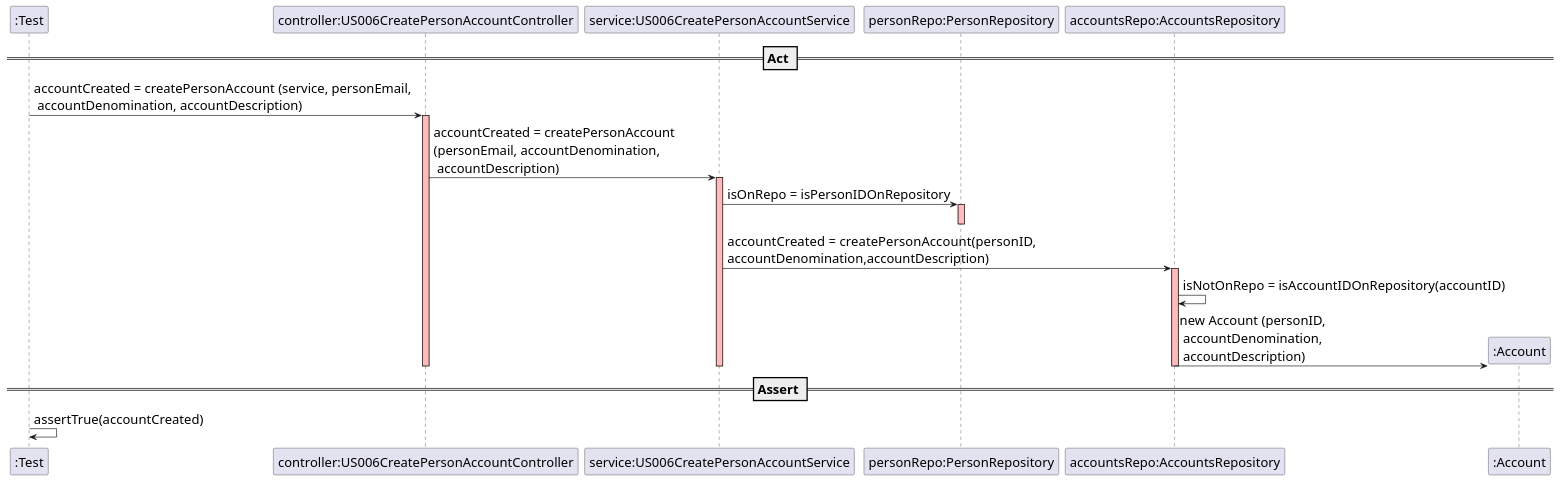
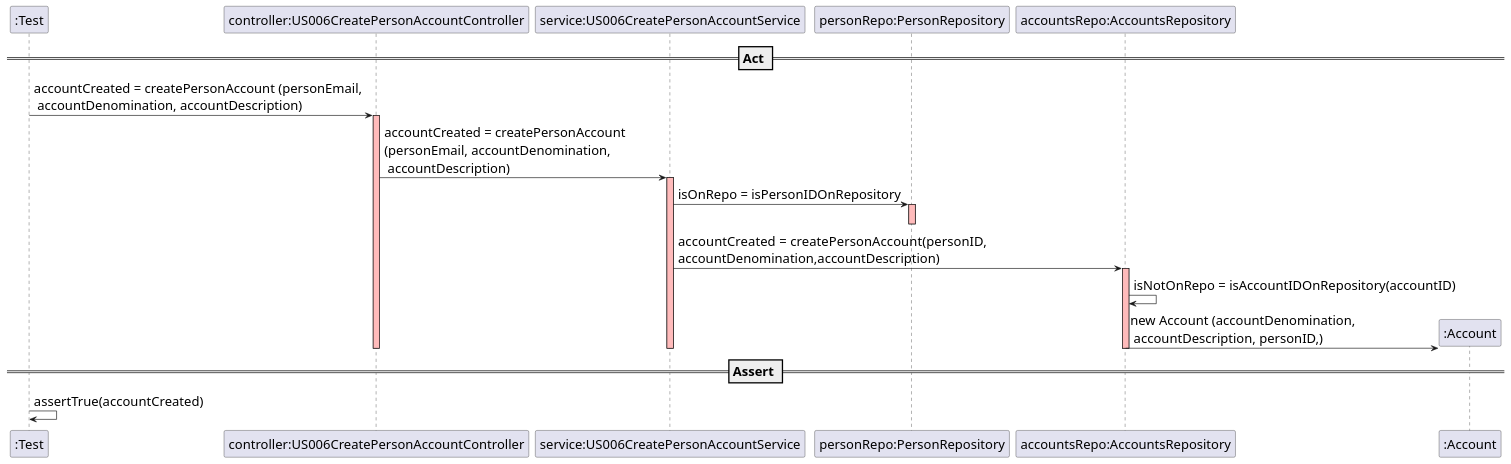
The diagram in src/main/java/switch2019/project/controllers/US006CreatePersonAccountSD.puml (mleitaoribeiro/DevOpsMaven), drawn with PlantUML before and after one commit. The commit also changed 1 other file, not shown here.

```diff
--- a/src/main/java/switch2019/project/controllers/US006CreatePersonAccountSD.puml
+++ b/src/main/java/switch2019/project/controllers/US006CreatePersonAccountSD.puml
@@ -1,36 +1,36 @@
 @startuml
 skinparam DefaultFontSize 20
 
 participant ":Test"
 participant "controller:US006CreatePersonAccountController"
 participant "service:US006CreatePersonAccountService"
 participant "personRepo:PersonRepository"
 participant "accountsRepo:AccountsRepository"
 
 == Act ==
-":Test" -> "controller:US006CreatePersonAccountController" : accountCreated = createPersonAccount (service, personEmail, \n accountDenomination, accountDescription)
+":Test" -> "controller:US006CreatePersonAccountController" : accountCreated = createPersonAccount (personEmail, \n accountDenomination, accountDescription)
 activate "controller:US006CreatePersonAccountController"  #FFBBBB
 
 "controller:US006CreatePersonAccountController" -> "service:US006CreatePersonAccountService" : accountCreated = createPersonAccount\n(personEmail, accountDenomination,\n accountDescription)
 activate "service:US006CreatePersonAccountService"  #FFBBBB
 
 "service:US006CreatePersonAccountService" -> "personRepo:PersonRepository" : isOnRepo = isPersonIDOnRepository
 activate "personRepo:PersonRepository"  #FFBBBB
 deactivate "personRepo:PersonRepository"  #FFBBBB
 
 "service:US006CreatePersonAccountService"  -> "accountsRepo:AccountsRepository" : accountCreated  = createPersonAccount(personID, \naccountDenomination,accountDescription)
 activate "accountsRepo:AccountsRepository" #FFBBBB
 
 "accountsRepo:AccountsRepository" -> "accountsRepo:AccountsRepository" : isNotOnRepo = isAccountIDOnRepository(accountID)
 create ":Account"
-"accountsRepo:AccountsRepository" -> ":Account" : new Account (personID, \n accountDenomination,\n accountDescription)
+"accountsRepo:AccountsRepository" -> ":Account" : new Account (accountDenomination,\n accountDescription, personID,)
 
 deactivate "accountsRepo:AccountsRepository" #FFBBBB
 deactivate "service:US006CreatePersonAccountService"  #FFBBBB
 deactivate "controller:US006CreatePersonAccountController"  #FFBBBB
 
 == Assert ==
 
 ":Test" -> ":Test" : assertTrue(accountCreated)
 
 @enduml
```
